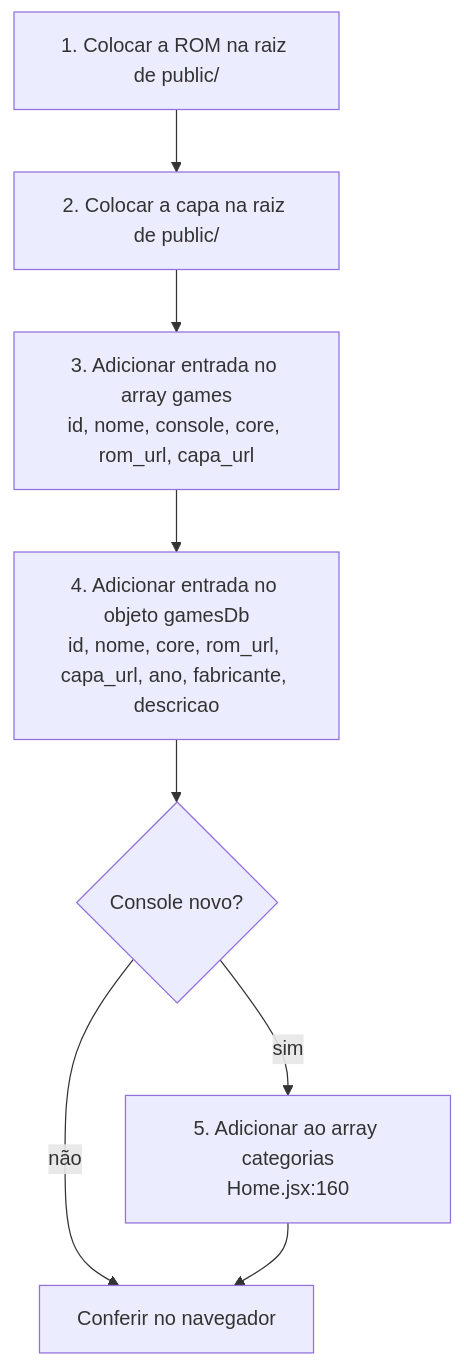
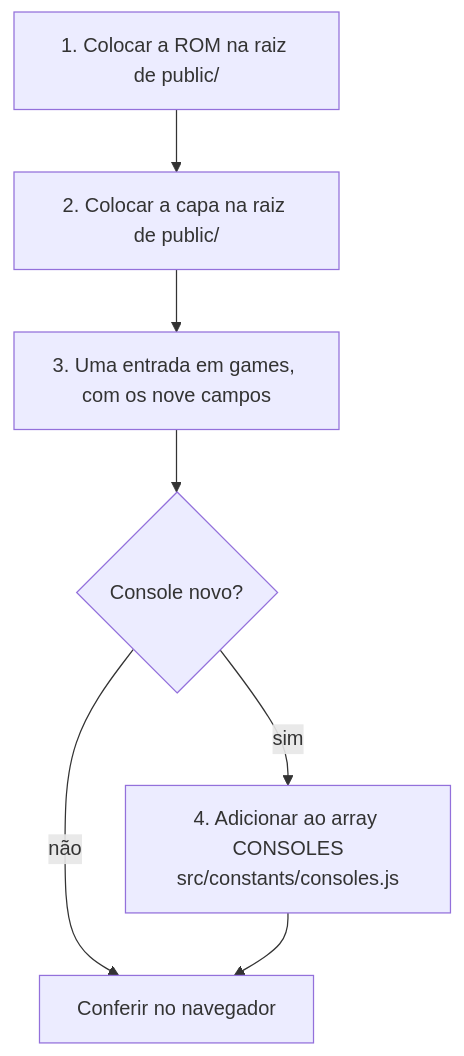
Before and after one commit to Assopra-fita/Sopra-Fitas: the second of 5 diagrams in docs/CATALOGO-DE-JOGOS.md, drawn with Mermaid. The commit also changed other lines of this file and 3 other files, not shown here.

````diff
--- a/docs/CATALOGO-DE-JOGOS.md
+++ b/docs/CATALOGO-DE-JOGOS.md
@@ -107,10 +112,9 @@
 ```mermaid
 flowchart TB
     A["1. Colocar a ROM na raiz de public/"] --> B["2. Colocar a capa na raiz de public/"]
-    B --> C["3. Adicionar entrada no array games<br/>id, nome, console, core, rom_url, capa_url"]
-    C --> D["4. Adicionar entrada no objeto gamesDb<br/>id, nome, core, rom_url, capa_url, ano, fabricante, descricao"]
-    D --> E{"Console novo?"}
-    E -->|sim| F["5. Adicionar ao array categorias<br/>Home.jsx:160"]
-    E -->|não| G["Conferir no navegador"]
-    F --> G
+    B --> C["3. Uma entrada em games, com os nove campos"]
+    C --> D{"Console novo?"}
+    D -->|sim| E["4. Adicionar ao array CONSOLES<br/>src/constants/consoles.js"]
+    D -->|não| F["Conferir no navegador"]
+    E --> F
 ```
````
